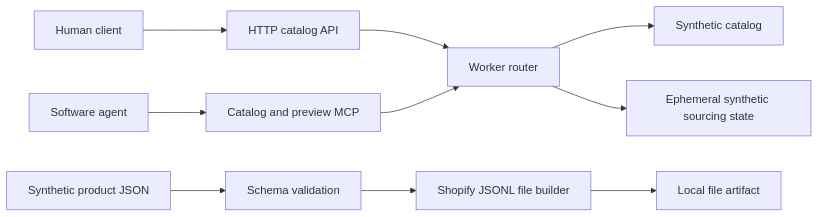
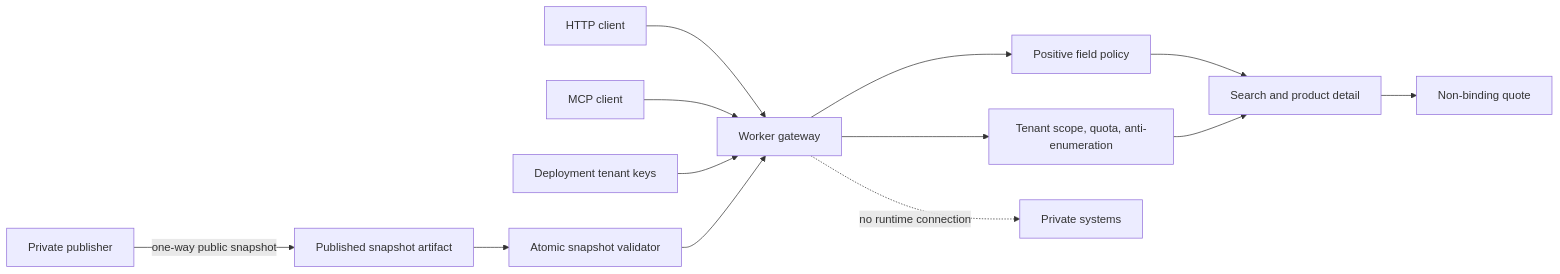
Before and after one commit to SuntekCorps-xLab/send-from-china-agent-core: the diagram in docs/ARCHITECTURE.md, drawn with Mermaid. The commit also changed other lines of this file and 36 other files, not shown here.

````diff
--- a/docs/ARCHITECTURE.md
+++ b/docs/ARCHITECTURE.md
@@ -10,12 +10,15 @@
 ```mermaid
 flowchart LR
-    Human[Human client] --> HTTP[HTTP catalog API]
-    Agent[Software agent] --> MCP[Catalog and preview MCP]
-    HTTP --> Router[Worker router]
-    MCP --> Router
-    Router --> Catalog[Synthetic catalog]
-    Router --> Sourcing[Ephemeral synthetic sourcing state]
-    Source[Synthetic product JSON] --> Validator[Schema validation]
-    Validator --> Builder[Shopify JSONL file builder]
-    Builder --> Artifact[Local file artifact]
+    Publisher[Private publisher] -->|one-way public snapshot| Artifact[Published snapshot artifact]
+    Artifact --> Validator[Atomic snapshot validator]
+    Human[HTTP client] --> Gateway[Worker gateway]
+    Agent[MCP client] --> Gateway
+    KeyStore[Deployment tenant keys] --> Gateway
+    Validator --> Gateway
+    Gateway --> Policy[Positive field policy]
+    Gateway --> Guard[Tenant scope, quota, anti-enumeration]
+    Policy --> Catalog[Search and product detail]
+    Guard --> Catalog
+    Catalog --> Quote[Non-binding quote]
+    Gateway -. no runtime connection .-> PrivateSystems[Private systems]
 ```
````
